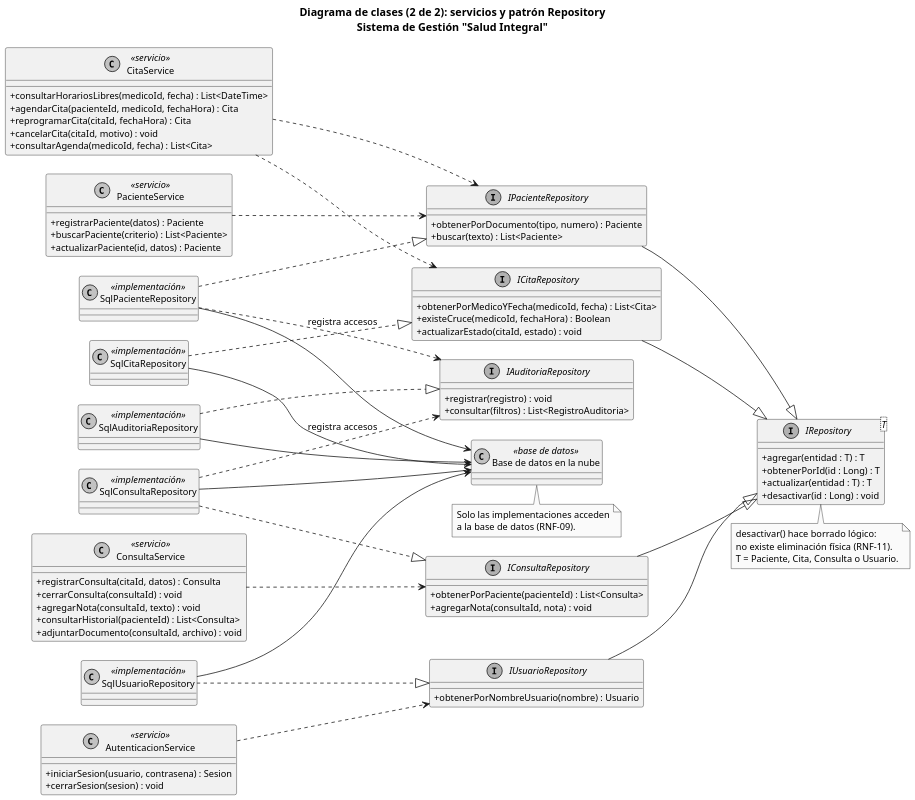
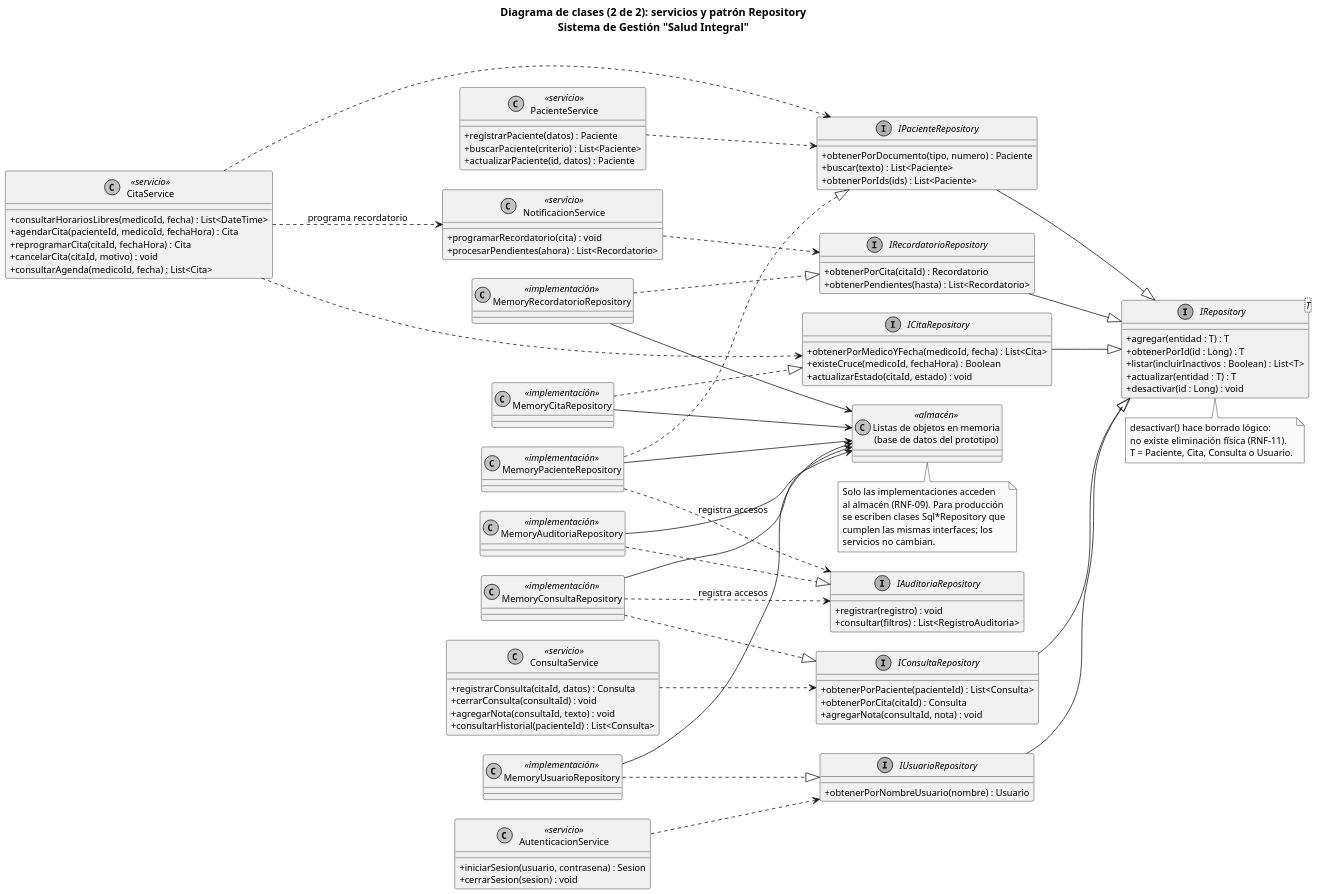
The diagram in docs/uml/02b_clases_repository.puml (JNACHO2001/consultorio-medico), drawn with PlantUML before and after one commit.

Commit message:
docs(uml): sincronizar el diagrama del patrón Repository con el código

```diff
--- a/docs/uml/02b_clases_repository.puml
+++ b/docs/uml/02b_clases_repository.puml
@@ -1,127 +1,148 @@
 @startuml 02b_clases_repository
 ' Diagrama de clases (vista 2): servicios y patrón Repository
 ' Fuente: Documento de Levantamiento de Requerimientos, sección 11
 
 left to right direction
 skinparam monochrome true
 skinparam shadowing false
 skinparam dpi 150
 skinparam defaultFontSize 12
 skinparam classAttributeIconSize 0
 skinparam nodesep 25
 skinparam ranksep 90
 
 title Diagrama de clases (2 de 2): servicios y patrón Repository\nSistema de Gestión "Salud Integral"
 
 ' ---------- Capa de servicios de aplicación ----------
 class PacienteService <<servicio>> {
   + registrarPaciente(datos) : Paciente
   + buscarPaciente(criterio) : List<Paciente>
   + actualizarPaciente(id, datos) : Paciente
 }
 
 class CitaService <<servicio>> {
   + consultarHorariosLibres(medicoId, fecha) : List<DateTime>
   + agendarCita(pacienteId, medicoId, fechaHora) : Cita
   + reprogramarCita(citaId, fechaHora) : Cita
   + cancelarCita(citaId, motivo) : void
   + consultarAgenda(medicoId, fecha) : List<Cita>
 }
 
 class ConsultaService <<servicio>> {
   + registrarConsulta(citaId, datos) : Consulta
   + cerrarConsulta(consultaId) : void
   + agregarNota(consultaId, texto) : void
   + consultarHistorial(pacienteId) : List<Consulta>
-  + adjuntarDocumento(consultaId, archivo) : void
+}
+
+class NotificacionService <<servicio>> {
+  + programarRecordatorio(cita) : void
+  + procesarPendientes(ahora) : List<Recordatorio>
 }
 
 class AutenticacionService <<servicio>> {
   + iniciarSesion(usuario, contrasena) : Sesion
   + cerrarSesion(sesion) : void
 }
 
 ' ---------- Interfaces Repository (capa de dominio) ----------
 interface IPacienteRepository {
   + obtenerPorDocumento(tipo, numero) : Paciente
   + buscar(texto) : List<Paciente>
+  + obtenerPorIds(ids) : List<Paciente>
 }
 
 interface ICitaRepository {
   + obtenerPorMedicoYFecha(medicoId, fecha) : List<Cita>
   + existeCruce(medicoId, fechaHora) : Boolean
   + actualizarEstado(citaId, estado) : void
 }
 
 interface IConsultaRepository {
   + obtenerPorPaciente(pacienteId) : List<Consulta>
+  + obtenerPorCita(citaId) : Consulta
   + agregarNota(consultaId, nota) : void
 }
 
 interface IUsuarioRepository {
   + obtenerPorNombreUsuario(nombre) : Usuario
+}
+
+interface IRecordatorioRepository {
+  + obtenerPorCita(citaId) : Recordatorio
+  + obtenerPendientes(hasta) : List<Recordatorio>
 }
 
 interface IAuditoriaRepository {
   + registrar(registro) : void
   + consultar(filtros) : List<RegistroAuditoria>
 }
 
 interface "IRepository<T>" as IRepository {
   + agregar(entidad : T) : T
   + obtenerPorId(id : Long) : T
+  + listar(incluirInactivos : Boolean) : List<T>
   + actualizar(entidad : T) : T
   + desactivar(id : Long) : void
 }
 
 ' ---------- Implementaciones (infraestructura) ----------
-class SqlPacienteRepository <<implementación>>
-class SqlCitaRepository <<implementación>>
-class SqlConsultaRepository <<implementación>>
-class SqlUsuarioRepository <<implementación>>
-class SqlAuditoriaRepository <<implementación>>
+class MemoryPacienteRepository <<implementación>>
+class MemoryCitaRepository <<implementación>>
+class MemoryConsultaRepository <<implementación>>
+class MemoryUsuarioRepository <<implementación>>
+class MemoryRecordatorioRepository <<implementación>>
+class MemoryAuditoriaRepository <<implementación>>
 
-class "Base de datos en la nube" as BD <<base de datos>>
+class "Listas de objetos en memoria\n(base de datos del prototipo)" as BD <<almacén>>
 
 ' Los servicios dependen de interfaces, nunca de implementaciones
 PacienteService ..> IPacienteRepository
 CitaService ..> ICitaRepository
 CitaService ..> IPacienteRepository
 ConsultaService ..> IConsultaRepository
 AutenticacionService ..> IUsuarioRepository
+NotificacionService ..> IRecordatorioRepository
+CitaService ..> NotificacionService : programa recordatorio
 
 ' Interfaz genérica común (T = entidad)
 IPacienteRepository --|> IRepository
 ICitaRepository --|> IRepository
 IConsultaRepository --|> IRepository
 IUsuarioRepository --|> IRepository
+IRecordatorioRepository --|> IRepository
 
 ' Implementaciones
-SqlPacienteRepository ..|> IPacienteRepository
-SqlCitaRepository ..|> ICitaRepository
-SqlConsultaRepository ..|> IConsultaRepository
-SqlUsuarioRepository ..|> IUsuarioRepository
-SqlAuditoriaRepository ..|> IAuditoriaRepository
+MemoryPacienteRepository ..|> IPacienteRepository
+MemoryCitaRepository ..|> ICitaRepository
+MemoryConsultaRepository ..|> IConsultaRepository
+MemoryUsuarioRepository ..|> IUsuarioRepository
+MemoryRecordatorioRepository ..|> IRecordatorioRepository
+MemoryAuditoriaRepository ..|> IAuditoriaRepository
 
 ' Auditoría disparada desde el repositorio (RF-13)
-SqlPacienteRepository ..> IAuditoriaRepository : registra accesos
-SqlConsultaRepository ..> IAuditoriaRepository : registra accesos
+MemoryPacienteRepository ..> IAuditoriaRepository : registra accesos
+MemoryConsultaRepository ..> IAuditoriaRepository : registra accesos
 
-SqlPacienteRepository --> BD
-SqlCitaRepository --> BD
-SqlConsultaRepository --> BD
-SqlUsuarioRepository --> BD
-SqlAuditoriaRepository --> BD
+MemoryPacienteRepository --> BD
+MemoryCitaRepository --> BD
+MemoryConsultaRepository --> BD
+MemoryUsuarioRepository --> BD
+MemoryRecordatorioRepository --> BD
+MemoryAuditoriaRepository --> BD
 
 note bottom of IRepository
   desactivar() hace borrado lógico:
   no existe eliminación física (RNF-11).
   T = Paciente, Cita, Consulta o Usuario.
 end note
 
 note bottom of BD
   Solo las implementaciones acceden
-  a la base de datos (RNF-09).
+  al almacén (RNF-09). Para producción
+  se escriben clases Sql*Repository que
+  cumplen las mismas interfaces; los
+  servicios no cambian.
 end note
 
 @enduml
```
